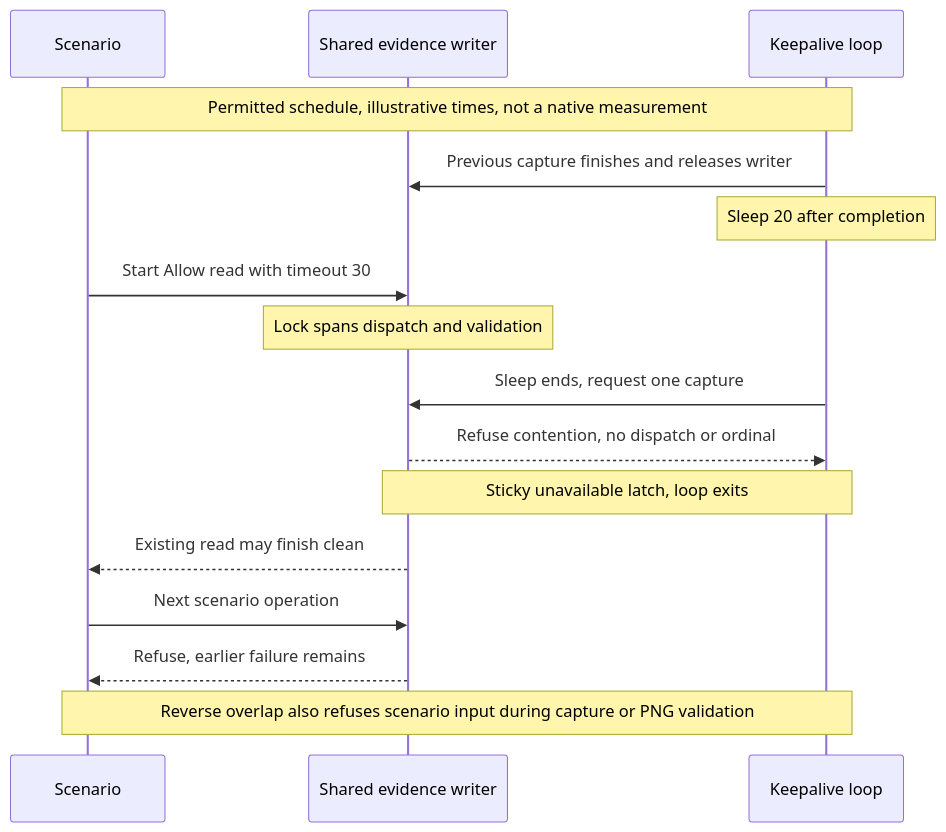
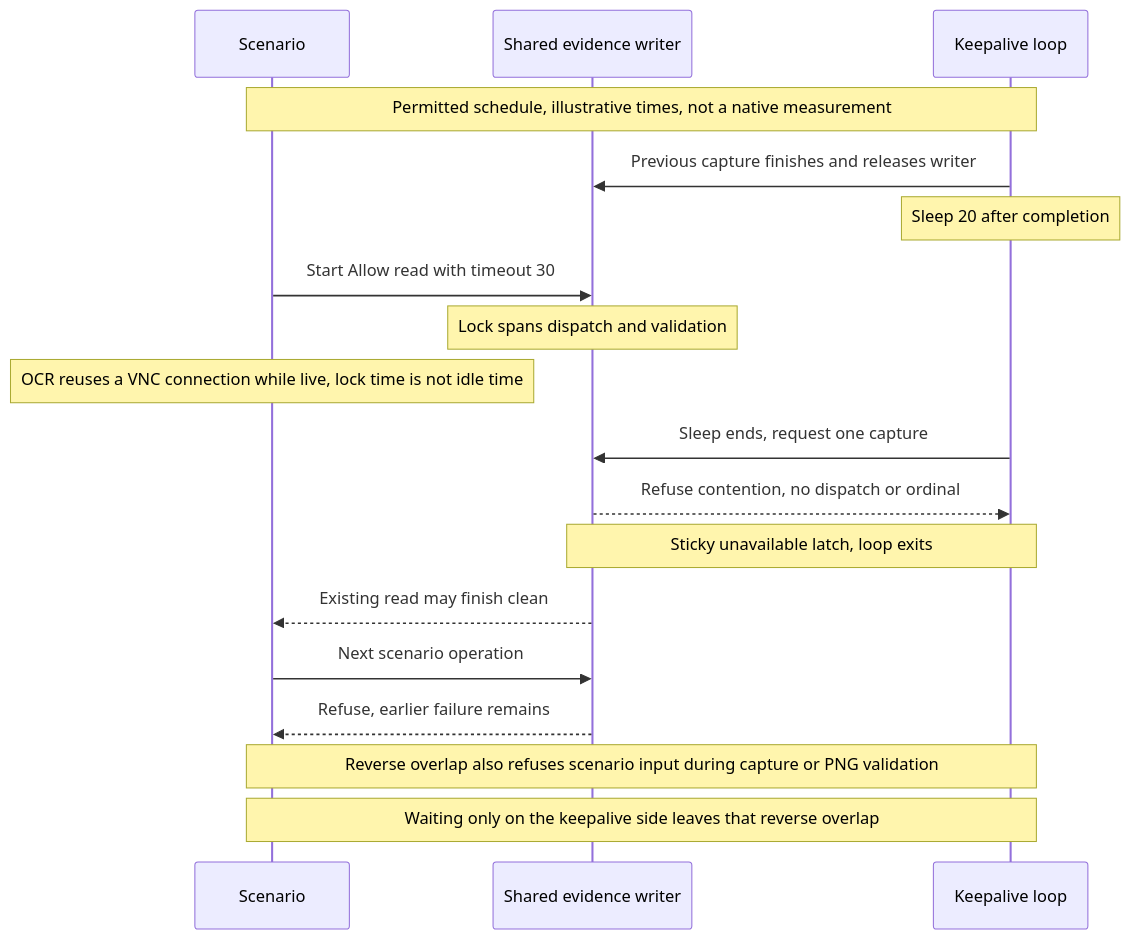
One commit to Linkuistics/Koine changed the diagram in docs/design/architecture/settings-activation/keepalive-collision.mmd. Above: the diagram before and after it, drawn with Mermaid. The commit also changed 23 other files, not shown here.

```diff
--- a/docs/design/architecture/settings-activation/keepalive-collision.mmd
+++ b/docs/design/architecture/settings-activation/keepalive-collision.mmd
@@ -1,16 +1,18 @@
 sequenceDiagram
     participant S as Scenario
     participant W as Shared evidence writer
     participant K as Keepalive loop
     Note over S,K: Permitted schedule, illustrative times, not a native measurement
     K->>W: Previous capture finishes and releases writer
     Note over K: Sleep 20 after completion
     S->>W: Start Allow read with timeout 30
     Note over W: Lock spans dispatch and validation
+    Note over S: OCR reuses a VNC connection while live, lock time is not idle time
     K->>W: Sleep ends, request one capture
     W-->>K: Refuse contention, no dispatch or ordinal
     Note over W,K: Sticky unavailable latch, loop exits
     W-->>S: Existing read may finish clean
     S->>W: Next scenario operation
     W-->>S: Refuse, earlier failure remains
     Note over S,K: Reverse overlap also refuses scenario input during capture or PNG validation
+    Note over S,K: Waiting only on the keepalive side leaves that reverse overlap
```
